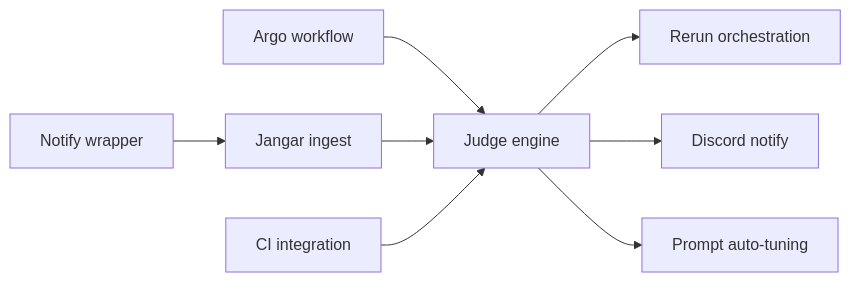
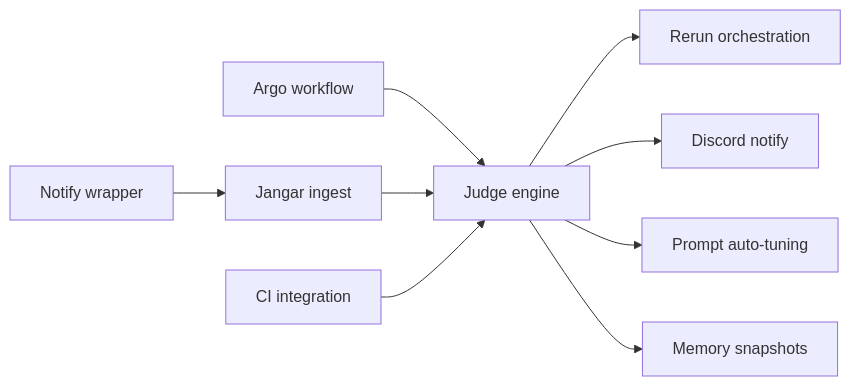
The diagram in docs/jangar/codex-judge-argo-implementation.md (proompteng/lab), drawn with Mermaid before and after one commit. The commit also changed other lines of this file and 1 other file, not shown here.

Commit message:
docs(jangar): add judge memory snapshots

````diff
--- a/docs/jangar/codex-judge-argo-implementation.md
+++ b/docs/jangar/codex-judge-argo-implementation.md
@@ -30,10 +31,11 @@
 ```mermaid
 flowchart LR
   A[Argo workflow] --> E[Judge engine]
   B[Notify wrapper] --> C[Jangar ingest]
   C --> E
   D[CI integration] --> E
   E --> F[Rerun orchestration]
   E --> G[Discord notify]
   E --> H[Prompt auto-tuning]
+  E --> I[Memory snapshots]
 ```
````
